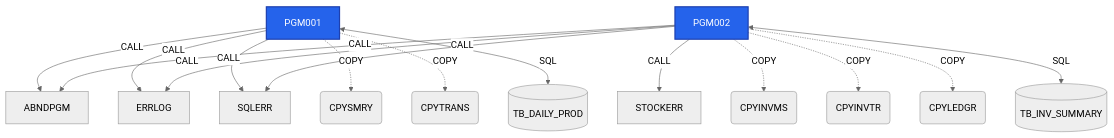
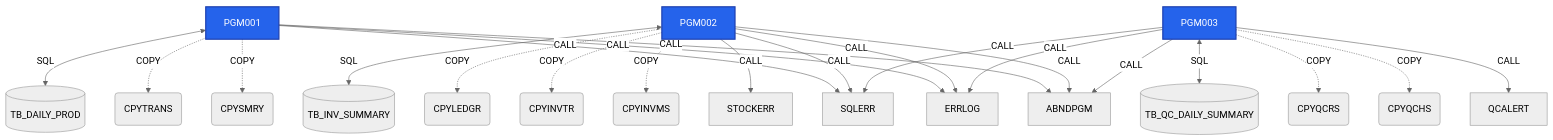
Before and after one commit to donseok/catm-project: the diagram in output/diagrams/call_graph.md, drawn with Mermaid (neutral theme). The commit also changed 19 other files, not shown here.

````diff
--- a/output/diagrams/call_graph.md
+++ b/output/diagrams/call_graph.md
@@ -3,25 +3,33 @@
 ```mermaid
 graph TD
     classDef mainPgm fill:#2563EB,stroke:#1E40AF,color:#fff,stroke-width:2px
     classDef subPgm fill:#059669,stroke:#047857,color:#fff
     classDef copybook fill:#D97706,stroke:#B45309,color:#fff
     classDef db2 fill:#7C3AED,stroke:#6D28D9,color:#fff
 
     PGM001[PGM001] -->|CALL| ABNDPGM[ABNDPGM]
     PGM001[PGM001] -->|CALL| ERRLOG[ERRLOG]
     PGM001[PGM001] -->|CALL| SQLERR[SQLERR]
     PGM001 -.->|COPY| CPY_CPYSMRY(CPYSMRY)
     PGM001 -.->|COPY| CPY_CPYTRANS(CPYTRANS)
     PGM001 <-->|SQL| DB_TB_DAILY_PROD[(TB_DAILY_PROD)]
     PGM002[PGM002] -->|CALL| ABNDPGM[ABNDPGM]
     PGM002[PGM002] -->|CALL| ERRLOG[ERRLOG]
     PGM002[PGM002] -->|CALL| SQLERR[SQLERR]
     PGM002[PGM002] -->|CALL| STOCKERR[STOCKERR]
     PGM002 -.->|COPY| CPY_CPYINVMS(CPYINVMS)
     PGM002 -.->|COPY| CPY_CPYINVTR(CPYINVTR)
     PGM002 -.->|COPY| CPY_CPYLEDGR(CPYLEDGR)
     PGM002 <-->|SQL| DB_TB_INV_SUMMARY[(TB_INV_SUMMARY)]
+    PGM003[PGM003] -->|CALL| ABNDPGM[ABNDPGM]
+    PGM003[PGM003] -->|CALL| ERRLOG[ERRLOG]
+    PGM003[PGM003] -->|CALL| QCALERT[QCALERT]
+    PGM003[PGM003] -->|CALL| SQLERR[SQLERR]
+    PGM003 -.->|COPY| CPY_CPYQCHS(CPYQCHS)
+    PGM003 -.->|COPY| CPY_CPYQCRS(CPYQCRS)
+    PGM003 <-->|SQL| DB_TB_QC_DAILY_SUMMARY[(TB_QC_DAILY_SUMMARY)]
 
+    class PGM003 mainPgm
+    class PGM001 mainPgm
     class PGM002 mainPgm
-    class PGM001 mainPgm
 ```
````
